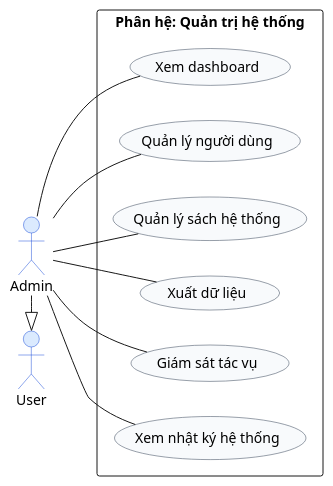
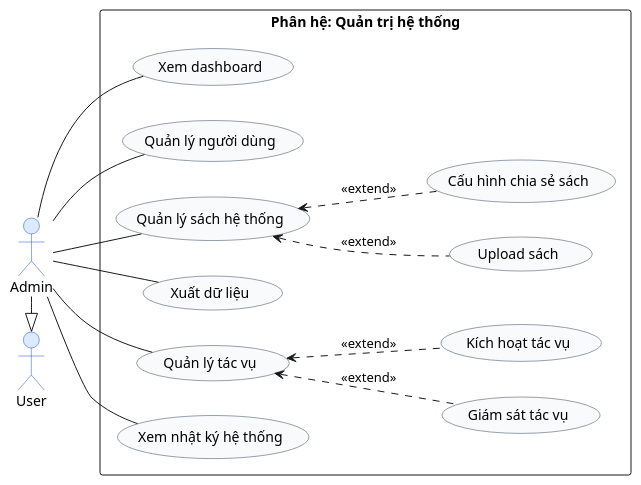
One commit to KhoaSinno/triam-backend changed the diagram in _docs_capstone/_dia/UseCase/sub_UC/triam_usecase_admin.puml. Above: the diagram before and after it, drawn with PlantUML. The commit also changed 7 other files, not shown here.

```diff
--- a/_docs_capstone/_dia/UseCase/sub_UC/triam_usecase_admin.puml
+++ b/_docs_capstone/_dia/UseCase/sub_UC/triam_usecase_admin.puml
@@ -1,39 +1,53 @@
 @startuml triam_usecase_admin
 skinparam Shadowing false
 skinparam backgroundColor #FFFFFF
 skinparam defaultFontName Arial
 ' skinparam roundcorner 14
 ' skinparam linetype ortho
 
 skinparam actor {
   BackgroundColor #DBEAFE
   BorderColor #1D4ED8
 }
 skinparam usecase {
   BackgroundColor #F8FAFC
   BorderColor #334155
 }
 
 left to right direction
 
 actor "Admin" as Admin
 actor "User" as Reader
 
 rectangle "Phân hệ: Quản trị hệ thống" {
   (Xem dashboard) as UC_AdminDashboard
   (Quản lý người dùng) as UC_AdminUser
   (Quản lý sách hệ thống) as UC_AdminCatalog
   (Xuất dữ liệu) as UC_ExportData
-  (Giám sát tác vụ) as UC_AdminJob
+  (Quản lý tác vụ) as UC_AdminJob
   (Xem nhật ký hệ thống) as UC_Audit
+
+  (Upload sách) as UC_UploadBook
+  (Cấu hình chia sẻ sách) as UC_ShareBook
+
+  (Giám sát tác vụ) as UC_MonitorJob
+  (Kích hoạt tác vụ) as UC_ActivateJob
+
+  
+
 }
 
 Admin -- UC_AdminDashboard
 Admin -- UC_AdminUser
 Admin -- UC_AdminCatalog
+UC_AdminCatalog <.. UC_UploadBook: <<extend>>
+UC_AdminCatalog <.. UC_ShareBook: <<extend>>
+
 Admin -- UC_ExportData
 Admin -- UC_AdminJob
+UC_AdminJob <.. UC_MonitorJob: <<extend>>
+UC_AdminJob <.. UC_ActivateJob: <<extend>>
 Admin -- UC_Audit
 Admin -|> Reader
 
 @enduml
```
